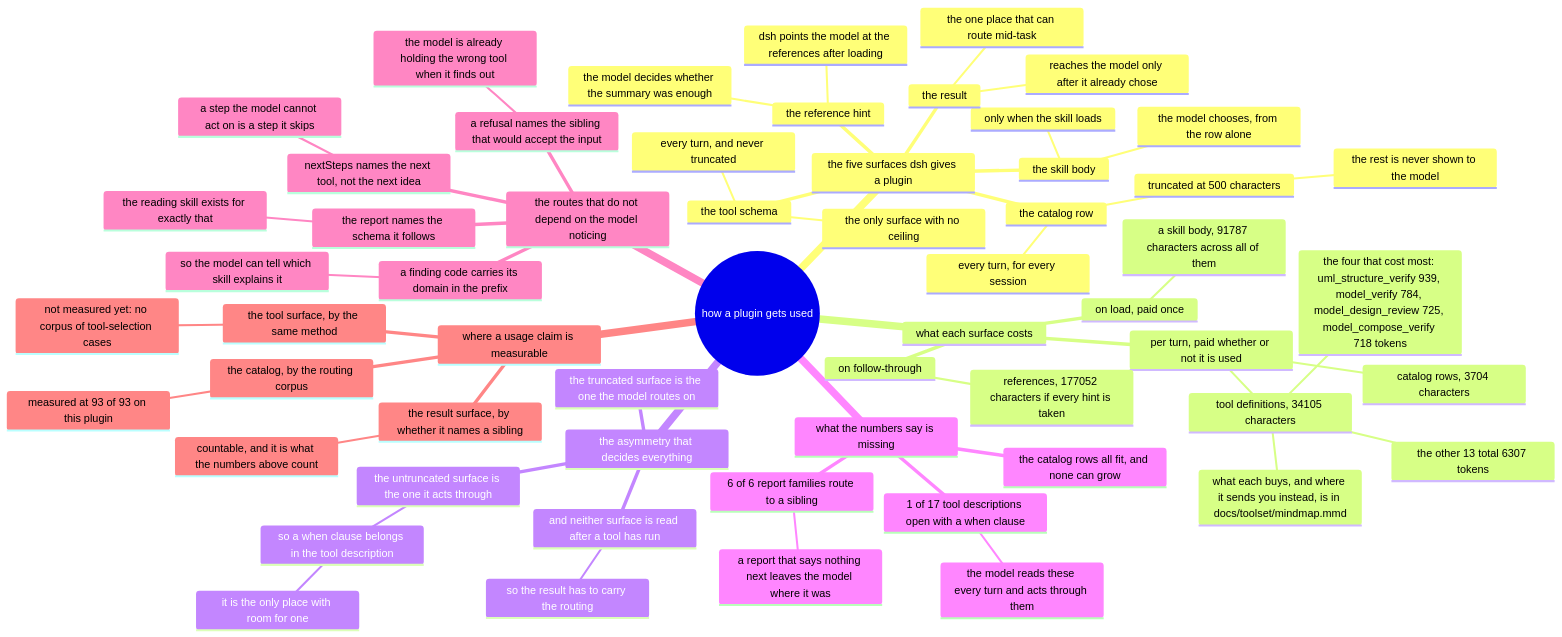
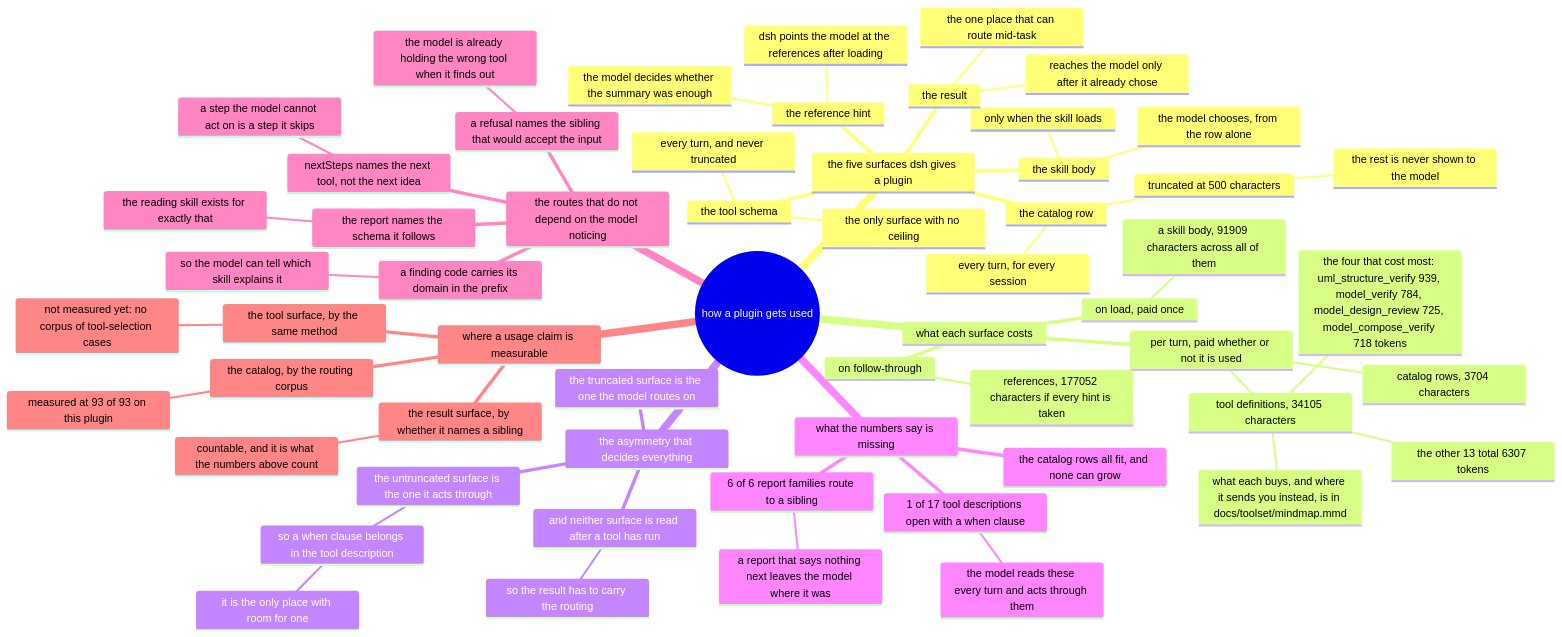
One commit to AmethystLuna/dsh-model-everything changed the diagram in docs/usage/mindmap.mmd. Above: the diagram before and after it, drawn with Mermaid. The commit also changed 18 other files, not shown here.

```diff
--- a/docs/usage/mindmap.mmd
+++ b/docs/usage/mindmap.mmd
@@ -1,59 +1,59 @@
 mindmap
 root((how a plugin gets used))
   the five surfaces dsh gives a plugin
     the catalog row
       every turn, for every session
       truncated at 500 characters
         the rest is never shown to the model
     the skill body
       only when the skill loads
       the model chooses, from the row alone
     the reference hint
       dsh points the model at the references after loading
       the model decides whether the summary was enough
     the tool schema
       every turn, and never truncated
       the only surface with no ceiling
     the result
       reaches the model only after it already chose
       the one place that can route mid-task
   what each surface costs
     per turn, paid whether or not it is used
       catalog rows, 3704 characters
       tool definitions, 34105 characters
         the four that cost most: uml_structure_verify 939, model_verify 784, model_design_review 725, model_compose_verify 718 tokens
         the other 13 total 6307 tokens
         what each buys, and where it sends you instead, is in docs/toolset/mindmap.mmd
     on load, paid once
-      a skill body, 91787 characters across all of them
+      a skill body, 91909 characters across all of them
     on follow-through
       references, 177052 characters if every hint is taken
   the asymmetry that decides everything
     the truncated surface is the one the model routes on
     the untruncated surface is the one it acts through
       so a when clause belongs in the tool description
         it is the only place with room for one
     and neither surface is read after a tool has run
       so the result has to carry the routing
   what the numbers say is missing
     1 of 17 tool descriptions open with a when clause
       the model reads these every turn and acts through them
     6 of 6 report families route to a sibling
       a report that says nothing next leaves the model where it was
     the catalog rows all fit, and none can grow
   the routes that do not depend on the model noticing
     a refusal names the sibling that would accept the input
       the model is already holding the wrong tool when it finds out
     nextSteps names the next tool, not the next idea
       a step the model cannot act on is a step it skips
     a finding code carries its domain in the prefix
       so the model can tell which skill explains it
     the report names the schema it follows
       the reading skill exists for exactly that
   where a usage claim is measurable
     the catalog, by the routing corpus
       measured at 93 of 93 on this plugin
     the tool surface, by the same method
       not measured yet: no corpus of tool-selection cases
     the result surface, by whether it names a sibling
       countable, and it is what the numbers above count
```
